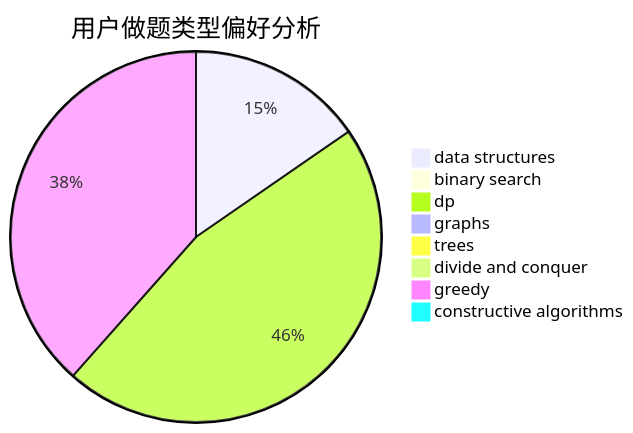
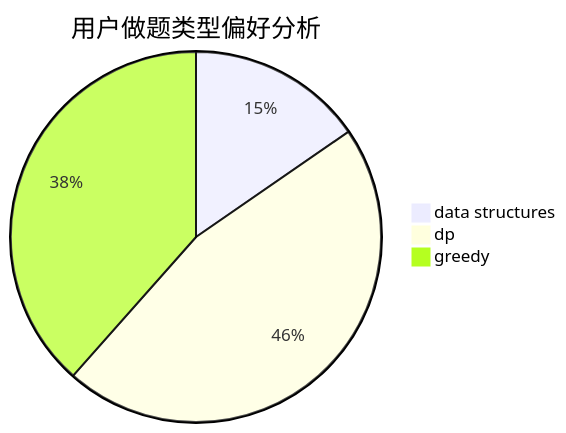
Before and after one commit to sherpahu/cfrs.github.io: the second of 3 diagrams in docs/user/u503.md, drawn with Mermaid. The commit also changed other lines of this file and 2770 other files, not shown here.

````diff
--- a/docs/user/u503.md
+++ b/docs/user/u503.md
@@ -18,11 +15,6 @@
 ```mermaid
 pie title 用户做题类型偏好分析
     "data structures" :  4
-    "binary search" :  0
     "dp" :  12
-    "graphs" :  0
-    "trees" :  0
-    "divide and conquer" :  0
     "greedy" :  10
-    "constructive algorithms" :  0
 ```
````
